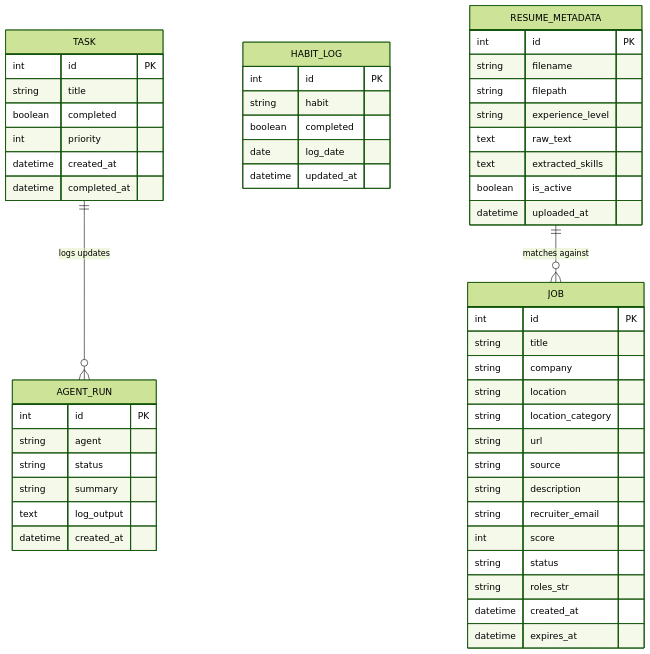
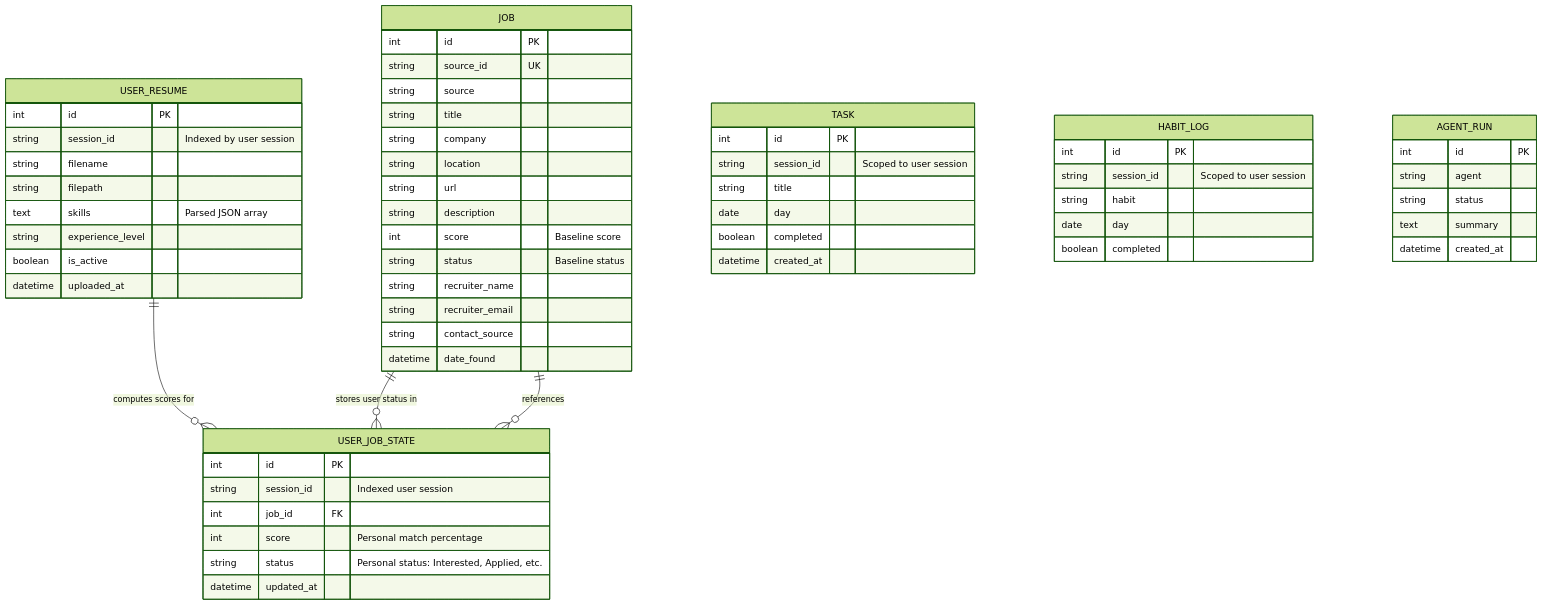
One commit to Durgesh1008/Scout-AI changed the sixth of 6 diagrams in ARCHITECTURE.md. Above: the diagram before and after it, drawn with Mermaid (forest theme). The commit also changed other lines of this file and 10 other files, not shown here.

Commit message:
feat: implement multi-user session isolation for job scoring, task management, and habit tracking

````diff
--- a/ARCHITECTURE.md
+++ b/ARCHITECTURE.md
@@ -269,59 +298,68 @@
 ```mermaid
 erDiagram
     JOB {
         int id PK
+        string source_id UK
+        string source
         string title
         string company
         string location
-        string location_category
         string url
-        string source
         string description
+        int score "Baseline score"
+        string status "Baseline status"
+        string recruiter_name
         string recruiter_email
-        int score
-        string status
-        string roles_str
-        datetime created_at
-        datetime expires_at
+        string contact_source
+        datetime date_found
+    }
+
+    USER_RESUME {
+        int id PK
+        string session_id "Indexed by user session"
+        string filename
+        string filepath
+        text skills "Parsed JSON array"
+        string experience_level
+        boolean is_active
+        datetime uploaded_at
+    }
+
+    USER_JOB_STATE {
+        int id PK
+        string session_id "Indexed user session"
+        int job_id FK
+        int score "Personal match percentage"
+        string status "Personal status: Interested, Applied, etc."
+        datetime updated_at
     }
 
     TASK {
         int id PK
+        string session_id "Scoped to user session"
         string title
+        date day
         boolean completed
-        int priority
         datetime created_at
-        datetime completed_at
     }
 
     HABIT_LOG {
         int id PK
+        string session_id "Scoped to user session"
         string habit
+        date day
         boolean completed
-        date log_date
-        datetime updated_at
     }
 
     AGENT_RUN {
         int id PK
         string agent
         string status
-        string summary
-        text log_output
+        text summary
         datetime created_at
     }
 
-    RESUME_METADATA {
-        int id PK
-        string filename
-        string filepath
-        string experience_level
-        text raw_text
-        text extracted_skills
-        boolean is_active
-        datetime uploaded_at
-    }
-
-    RESUME_METADATA ||--o{ JOB : "matches against"
-    TASK ||--o{ AGENT_RUN : "logs updates"
+    USER_RESUME ||--o{ USER_JOB_STATE : "computes scores for"
+    JOB ||--o{ USER_JOB_STATE : "stores user status in"
+    USER_JOB_STATE }o--|| JOB : "references"
 ```
````
